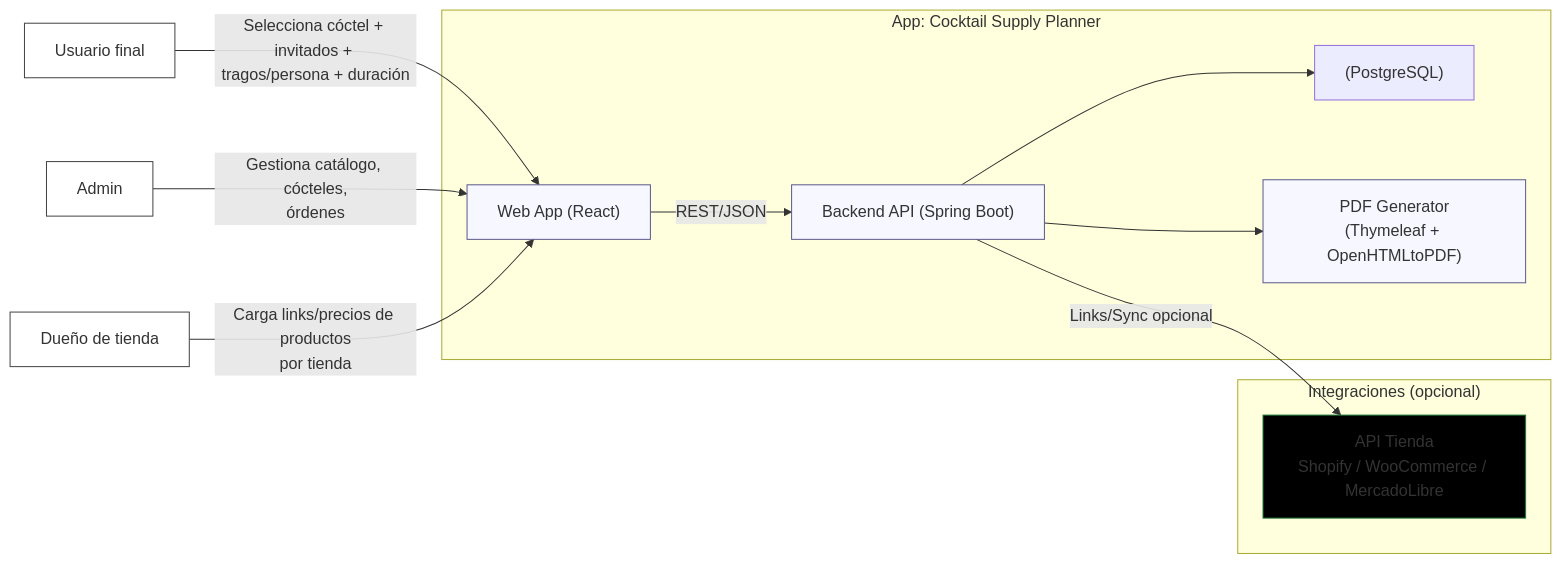
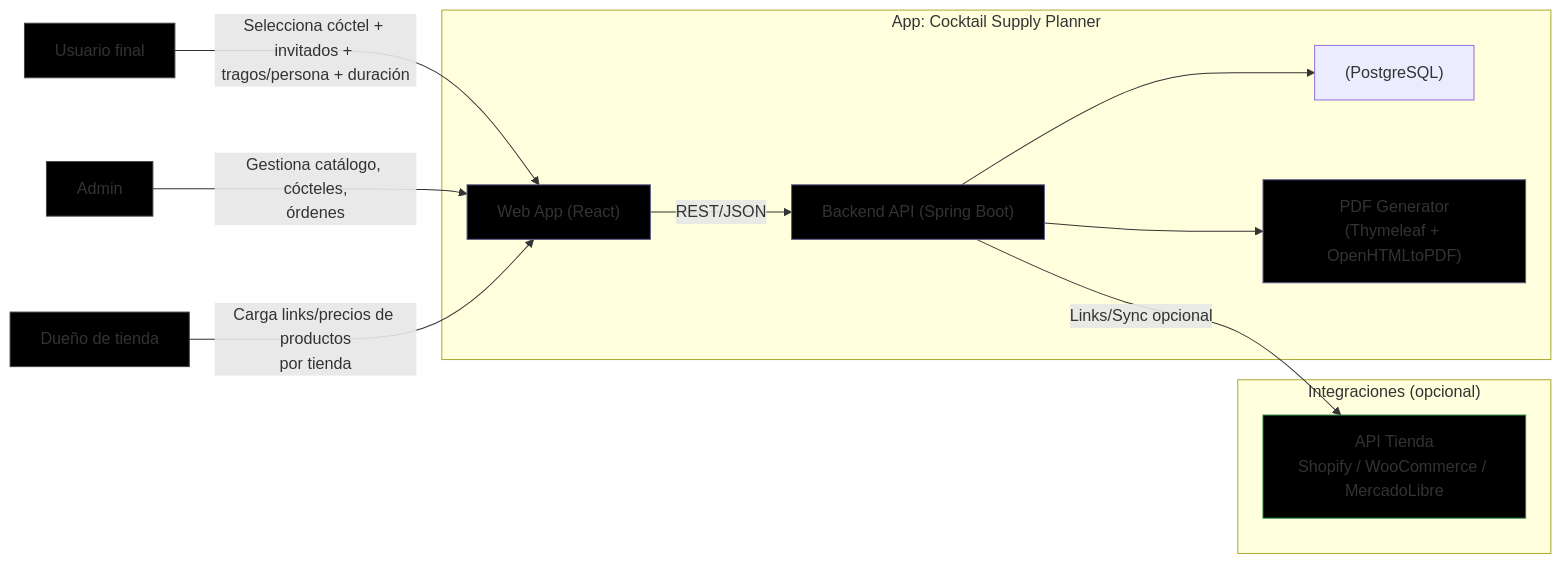
The second of 3 diagrams in Readme.md (Fran3103/CocktailOps), drawn with Mermaid before and after one commit. The commit also changed other lines of this file, not shown here.

````diff
--- a/Readme.md
+++ b/Readme.md
@@ -100,34 +100,34 @@
 ```mermaid
 flowchart LR
 %% Actors
 U["Usuario final"]:::actor
 A["Admin"]:::actor
 S["Dueño de tienda"]:::actor
 
 %% System
 subgraph SYS["App: Cocktail Supply Planner"]
 FE["Web App (React)"]:::box
 BE["Backend API (Spring Boot)"]:::box
 DB["(PostgreSQL)"]:::dbdb
 PDF["PDF Generator<br/>(Thymeleaf + OpenHTMLtoPDF)"]:::box
 end
 
 %% Optional external integrations
 subgraph EXT["Integraciones (opcional)"]
 SHOPAPI["API Tienda<br/>Shopify / WooCommerce / MercadoLibre"]:::ext
 end
 
 U -->|Selecciona cóctel + invitados + <br/>tragos/persona + duración| FE
 A -->|Gestiona catálogo, cócteles,\nórdenes| FE
 S -->|Carga links/precios de productos\npor tienda| FE
 
 FE -->|REST/JSON| BE
 BE --> DB
 BE --> PDF
 BE -->|Links/Sync opcional| SHOPAPI
 
-classDef actor fill:#fff,stroke:#444,stroke-width:1px;
-classDef box fill:#f7f7ff,stroke:#5a5a8a,stroke-width:1px;
-classDef db fill:#fff6e6,stroke:#a06a00,stroke-width:1px;
+classDef actor fill:#000000,stroke:#444,stroke-width:1px;
+classDef box fill:#000000,stroke:#5a5a8a,stroke-width:1px;
+classDef db fill:#000000,stroke:#a06a00,stroke-width:1px;
 classDef ext fill:#000000,stroke:#1f7a3a,stroke-width:1px;
 ```  
````
